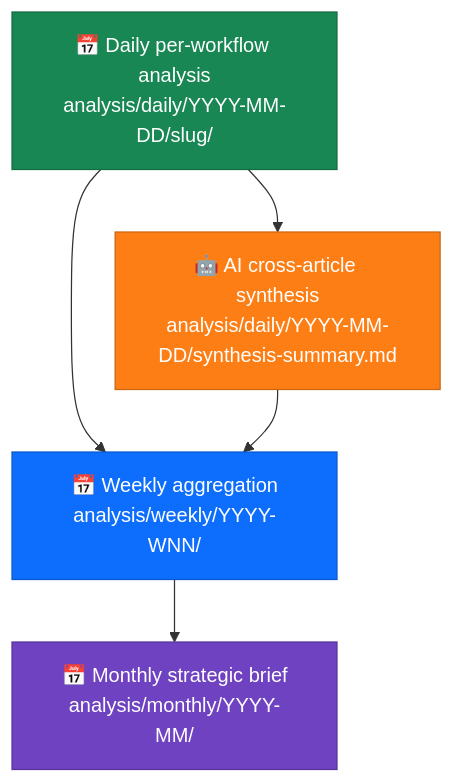
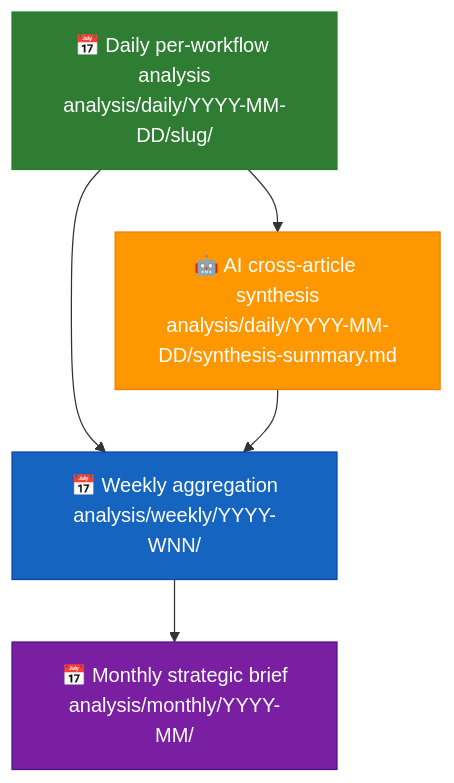
Before and after one commit to Hack23/riksdagsmonitor: the ninth of 9 diagrams in analysis/templates/README.md, drawn with Mermaid. The commit also changed other lines of this file and 14 other files, not shown here.

First line of the commit message:
Align analysis/ mermaid diagrams with ISMS Style Guide palette and convert SWOT to quadrantChart

````diff
--- a/analysis/templates/README.md
+++ b/analysis/templates/README.md
@@ -640,12 +640,12 @@
 ```mermaid
 flowchart TD
     D["📅 Daily per-workflow analysis\nanalysis/daily/YYYY-MM-DD/slug/"] --> W["📅 Weekly aggregation\nanalysis/weekly/YYYY-WNN/"]
     W --> M["📅 Monthly strategic brief\nanalysis/monthly/YYYY-MM/"]
     D --> AI["🤖 AI cross-article synthesis\nanalysis/daily/YYYY-MM-DD/synthesis-summary.md"]
     AI --> W
 
-    style D fill:#198754,stroke:#146c43,color:#fff
-    style W fill:#0d6efd,stroke:#0a58ca,color:#fff
-    style M fill:#6f42c1,stroke:#59359a,color:#fff
-    style AI fill:#fd7e14,stroke:#ca6510,color:#fff
+    style D fill:#2E7D32,stroke:#2E7D32,color:#FFFFFF
+    style W fill:#1565C0,stroke:#0D47A1,color:#FFFFFF
+    style M fill:#7B1FA2,stroke:#4A148C,color:#FFFFFF
+    style AI fill:#FF9800,stroke:#F57C00,color:#FFFFFF
 ```
````
